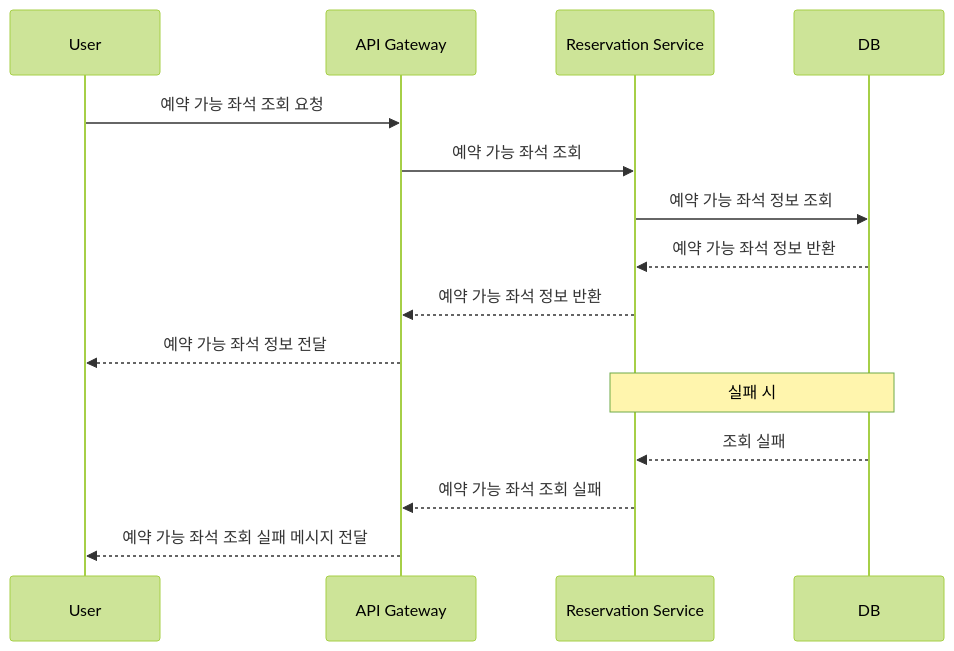
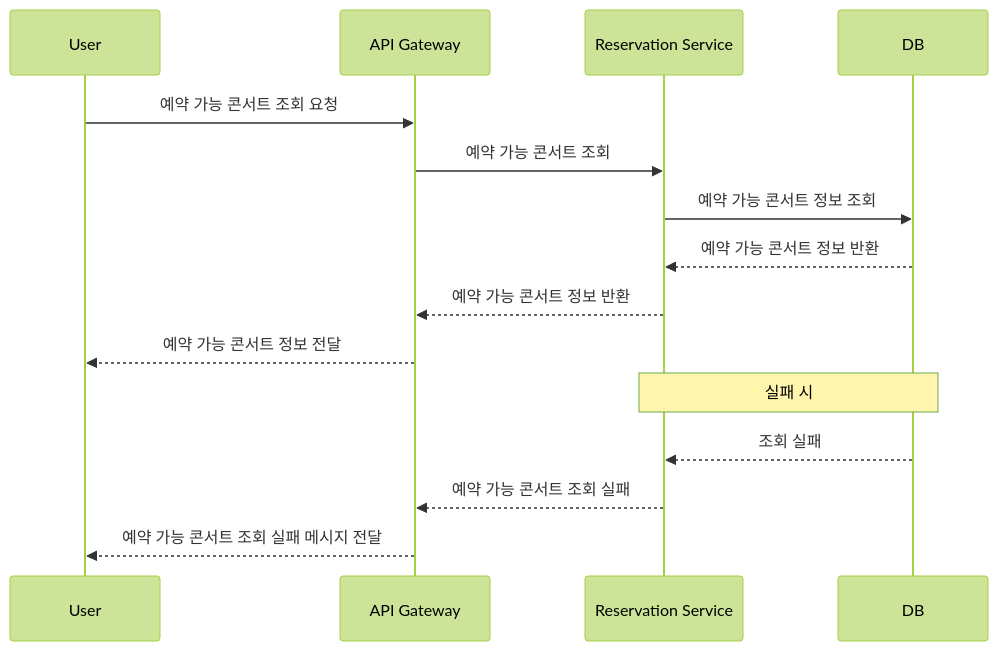
The fourth of 11 diagrams in README.md (ghwoo93/hhplus-concert-3week), drawn with Mermaid (forest theme) before and after one commit. The commit also changed other lines of this file, not shown here.

Commit message:
Concert 테이블 추가에 따른 ER, Seqeunce Diagram 수정

````diff
--- a/README.md
+++ b/README.md
@@ -167,20 +300,19 @@
 ```mermaid
 sequenceDiagram
     participant User
     participant API Gateway
     participant Reservation Service
     participant DB
 
-    User->>API Gateway: 예약 가능 좌석 조회 요청
-    API Gateway->>Reservation Service: 예약 가능 좌석 조회
-    Reservation Service->>DB: 예약 가능 좌석 정보 조회
-    DB-->>Reservation Service: 예약 가능 좌석 정보 반환
-    Reservation Service-->>API Gateway: 예약 가능 좌석 정보 반환
-    API Gateway-->>User: 예약 가능 좌석 정보 전달
+    User->>API Gateway: 예약 가능 콘서트 조회 요청
+    API Gateway->>Reservation Service: 예약 가능 콘서트 조회
+    Reservation Service->>DB: 예약 가능 콘서트 정보 조회
+    DB-->>Reservation Service: 예약 가능 콘서트 정보 반환
+    Reservation Service-->>API Gateway: 예약 가능 콘서트 정보 반환
+    API Gateway-->>User: 예약 가능 콘서트 정보 전달
 
     Note over Reservation Service,DB: 실패 시
     DB-->>Reservation Service: 조회 실패
-    Reservation Service-->>API Gateway: 예약 가능 좌석 조회 실패
-    API Gateway-->>User: 예약 가능 좌석 조회 실패 메시지 전달
-
+    Reservation Service-->>API Gateway: 예약 가능 콘서트 조회 실패
+    API Gateway-->>User: 예약 가능 콘서트 조회 실패 메시지 전달
 ```
````
